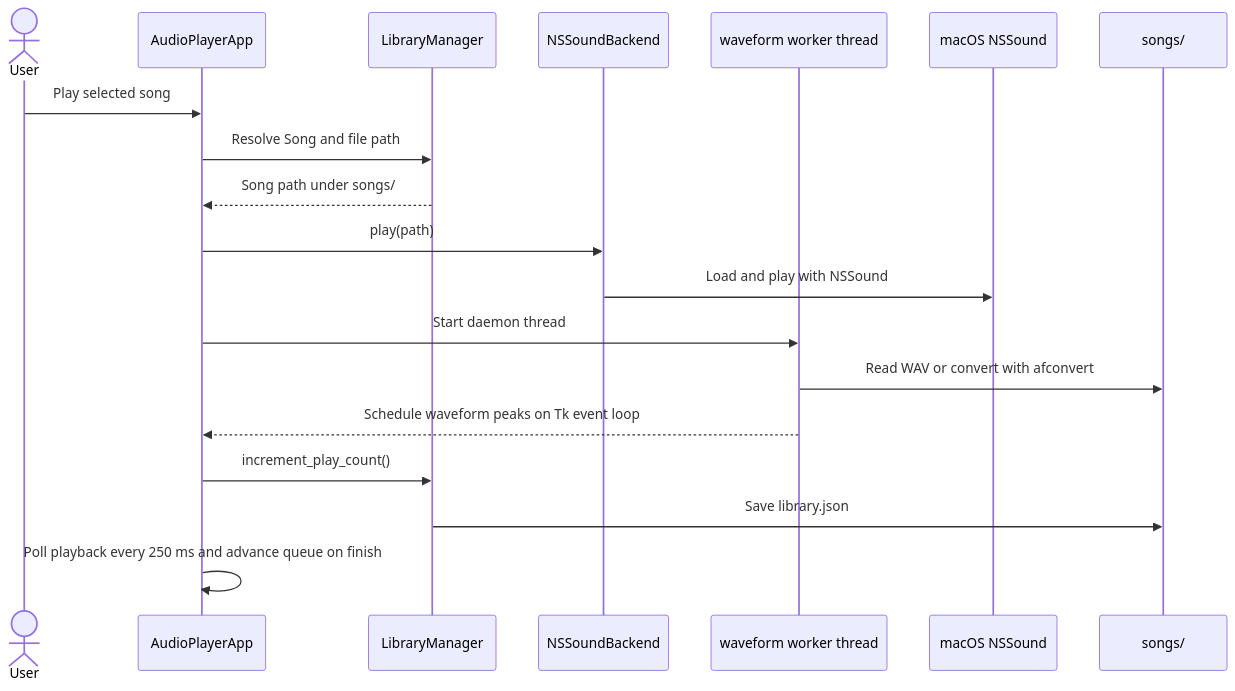
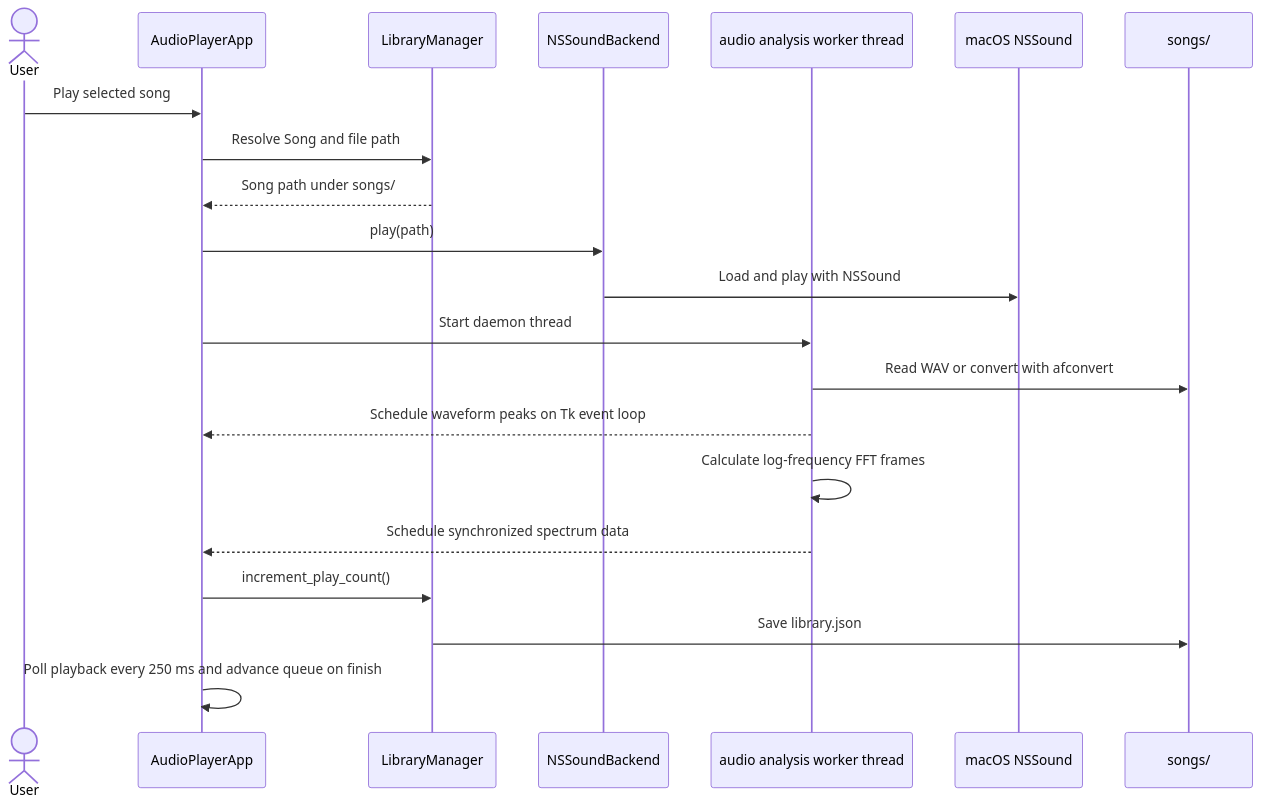
Before and after one commit to nostudioMelbourne/Vault-Music-Player: the fifth of 8 diagrams in ARCHITECTURE.md, drawn with Mermaid. The commit also changed other lines of this file and 3 other files, not shown here.

````diff
--- a/ARCHITECTURE.md
+++ b/ARCHITECTURE.md
@@ -142,22 +147,24 @@
 ```mermaid
 sequenceDiagram
     actor User
     participant App as AudioPlayerApp
     participant Library as LibraryManager
     participant Player as NSSoundBackend
-    participant Waveform as waveform worker thread
+    participant Analysis as audio analysis worker thread
     participant AppKit as macOS NSSound
     participant Disk as songs/
 
     User->>App: Play selected song
     App->>Library: Resolve Song and file path
     Library-->>App: Song path under songs/
     App->>Player: play(path)
     Player->>AppKit: Load and play with NSSound
-    App->>Waveform: Start daemon thread
-    Waveform->>Disk: Read WAV or convert with afconvert
-    Waveform-->>App: Schedule waveform peaks on Tk event loop
+    App->>Analysis: Start daemon thread
+    Analysis->>Disk: Read WAV or convert with afconvert
+    Analysis-->>App: Schedule waveform peaks on Tk event loop
+    Analysis->>Analysis: Calculate log-frequency FFT frames
+    Analysis-->>App: Schedule synchronized spectrum data
     App->>Library: increment_play_count()
     Library->>Disk: Save library.json
     App->>App: Poll playback every 250 ms and advance queue on finish
 ```
````
